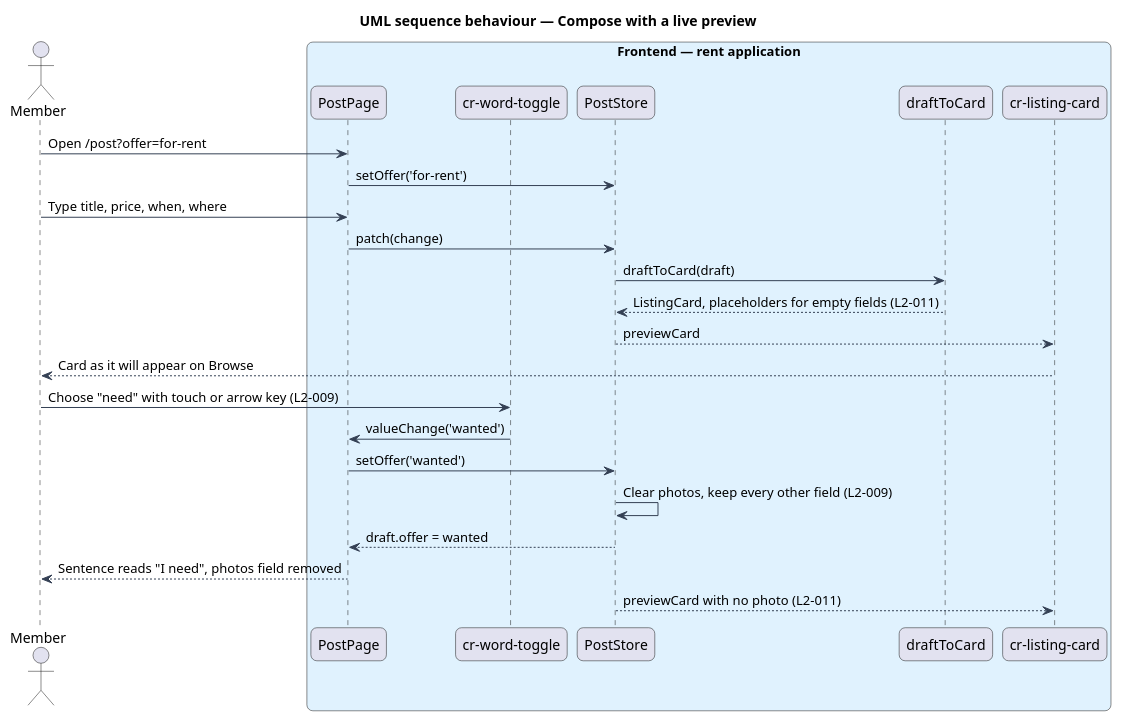
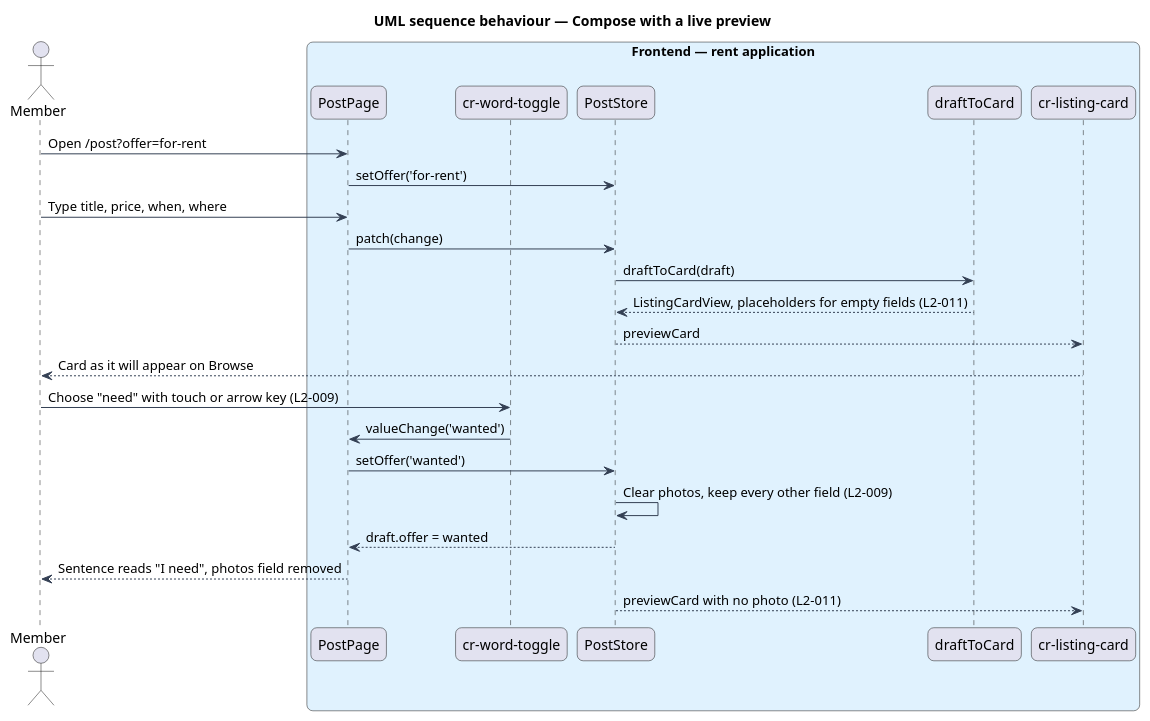
The diagram in docs/detailed-designs/post/compose-listing/diagrams/sequence-compose.puml (QuinntyneBrown/christian-rent), drawn with PlantUML before and after one commit. The commit also changed 18 other files, not shown here.

```diff
--- a/docs/detailed-designs/post/compose-listing/diagrams/sequence-compose.puml
+++ b/docs/detailed-designs/post/compose-listing/diagrams/sequence-compose.puml
@@ -1,40 +1,40 @@
 @startuml
 title UML sequence behaviour — Compose with a live preview
 skinparam backgroundColor #FFFFFF
 skinparam shadowing false
 skinparam roundcorner 12
 skinparam defaultFontName Arial
 skinparam ArrowColor #344054
 skinparam rectangle {
   BorderColor #344054
   FontColor #101828
 }
 skinparam package {
   BorderColor #667085
   FontColor #101828
   BackgroundColor #F9FAFB
 }
 actor "Member" as actor
 box "Frontend — rent application" #E0F2FE
   participant "PostPage" as page
   participant "cr-word-toggle" as toggle
   participant "PostStore" as store
   participant "draftToCard" as map
   participant "cr-listing-card" as card
 end box
 actor -> page : Open /post?offer=for-rent
 page -> store : setOffer('for-rent')
 actor -> page : Type title, price, when, where
 page -> store : patch(change)
 store -> map : draftToCard(draft)
-map --> store : ListingCard, placeholders for empty fields (L2-011)
+map --> store : ListingCardView, placeholders for empty fields (L2-011)
 store --> card : previewCard
 card --> actor : Card as it will appear on Browse
 actor -> toggle : Choose "need" with touch or arrow key (L2-009)
 toggle -> page : valueChange('wanted')
 page -> store : setOffer('wanted')
 store -> store : Clear photos, keep every other field (L2-009)
 store --> page : draft.offer = wanted
 page --> actor : Sentence reads "I need", photos field removed
 store --> card : previewCard with no photo (L2-011)
 @enduml
```
